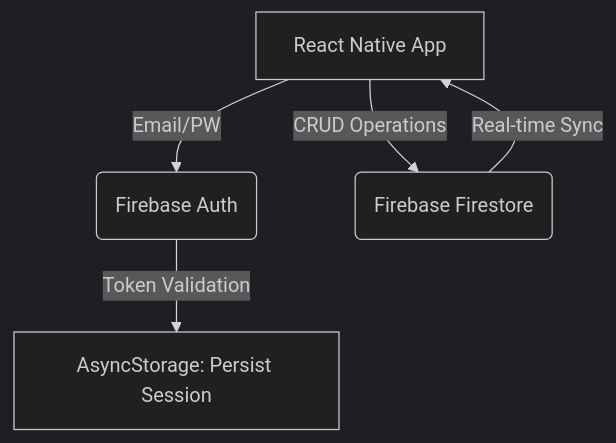
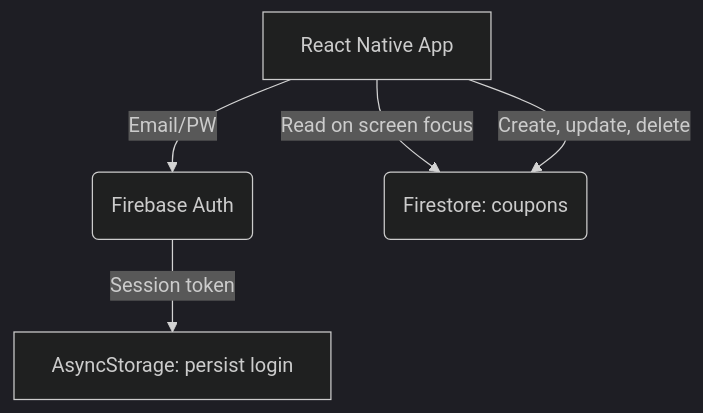
Before and after one commit to liminal-cipher/wallet-sync: the diagram in README.md, drawn with Mermaid (dark theme). The commit also changed other lines of this file, not shown here.

First line of the commit message:
docs(readme): correct sync claims, doc security

````diff
--- a/README.md
+++ b/README.md
@@ -20,7 +29,7 @@
 ```mermaid
 graph TD
     A[React Native App] -->|Email/PW| B(Firebase Auth)
-    B -->|Token Validation| C[AsyncStorage: Persist Session]
-    A -->|CRUD Operations| D(Firebase Firestore)
-    D -->|Real-time Sync| A
+    B -->|Session token| C[AsyncStorage: persist login]
+    A -->|Read on screen focus| D(Firestore: coupons)
+    A -->|Create, update, delete| D
 ```
````
